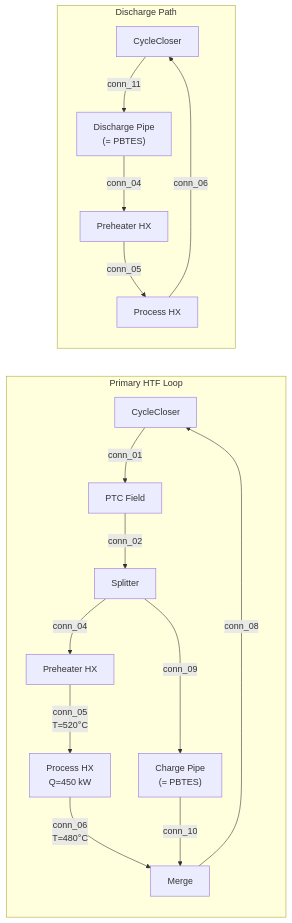
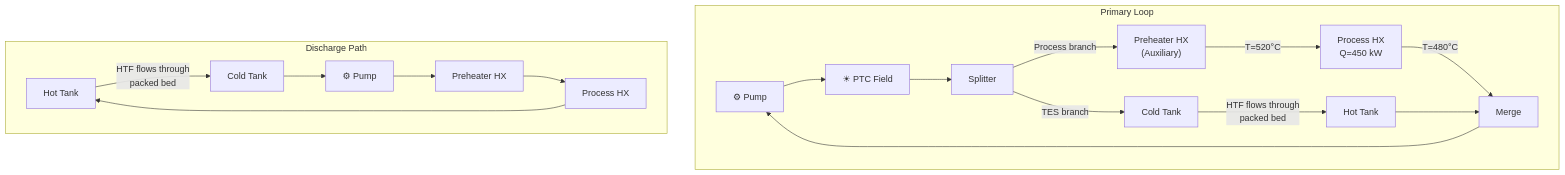
Before and after one commit to iwolde/pbtes-sim: the second of 17 diagrams in insumos paper/PLANT_LAYOUTS_AND_MODES.md, drawn with Mermaid. The commit also changed other lines of this file and 1 other file, not shown here.

Commit message:
docs: Rewrite plant layouts with corrected Mode 5, 2-tank direct, pumps

````diff
--- a/insumos paper/PLANT_LAYOUTS_AND_MODES.md
+++ b/insumos paper/PLANT_LAYOUTS_AND_MODES.md
@@ -134,20 +160,22 @@
 ```mermaid
-graph LR
-    subgraph "Primary HTF Loop"
-        CC["CycleCloser"] -->|conn_01| PTC["PTC Field"]
-        PTC -->|conn_02| SP["Splitter"]
-        SP -->|conn_04| PH["Preheater HX"]
-        PH -->|conn_05<br/>T=520°C| PR["Process HX<br/>Q=450 kW"]
-        PR -->|conn_06<br/>T=480°C| MG["Merge"]
-        SP -->|conn_09| PIPE_C["Charge Pipe<br/>(= PBTES)"]
-        PIPE_C -->|conn_10| MG
-        MG -->|conn_08| CC
+graph TD
+    subgraph "Primary Loop"
+        P1["⚙ Pump"] --> PTC["☀ PTC Field"]
+        PTC --> SP["Splitter"]
+        SP -->|"Process branch"| PH["Preheater HX<br/>(Auxiliary)"]
+        PH -->|"T=520°C"| PR["Process HX<br/>Q=450 kW"]
+        PR -->|"T=480°C"| MG["Merge"]
+        SP -->|"TES branch"| CT["Cold Tank"] 
+        CT -->|"HTF flows through<br/>packed bed"| HT["Hot Tank"]
+        HT --> MG
+        MG --> P1
     end
 
     subgraph "Discharge Path"
-        CC2["CycleCloser"] -->|conn_11| PIPE_D["Discharge Pipe<br/>(= PBTES)"]
-        PIPE_D -->|conn_04| PH2["Preheater HX"]
-        PH2 -->|conn_05| PR2["Process HX"]
-        PR2 -->|conn_06| CC2
+        HT2["Hot Tank"] -->|"HTF flows through<br/>packed bed"| CT2["Cold Tank"]
+        CT2 --> P1D["⚙ Pump"]
+        P1D --> PH2["Preheater HX"]
+        PH2 --> PR2["Process HX"]
+        PR2 --> HT2
     end
 ```
````
